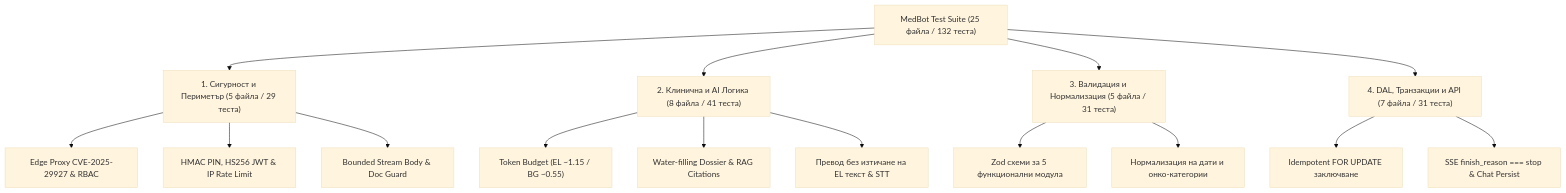
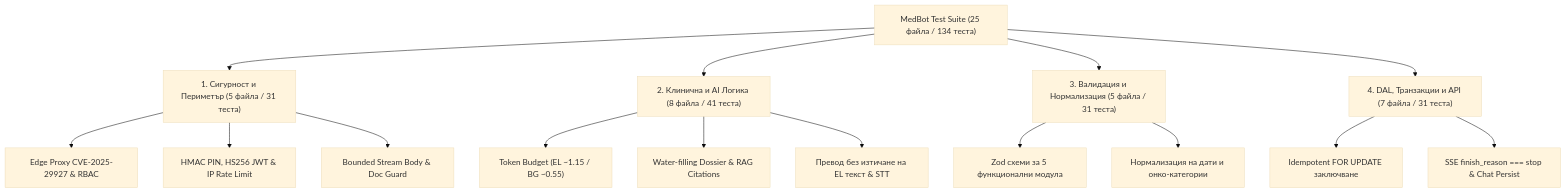
The diagram in docs/testing.md (Krasimir-Hristov/MedBot), drawn with Mermaid (base theme) before and after one commit. The commit also changed other lines of this file and 11 other files, not shown here.

````diff
--- a/docs/testing.md
+++ b/docs/testing.md
@@ -29,27 +29,27 @@
 ```mermaid
 flowchart TD
-    Suite["MedBot Test Suite (25 файла / 132 теста)"]
-    P1["1. Сигурност и Периметър (5 файла / 29 теста)"]
+    Suite["MedBot Test Suite (25 файла / 134 теста)"]
+    P1["1. Сигурност и Периметър (5 файла / 31 теста)"]
     P2["2. Клинична и AI Логика (8 файла / 41 теста)"]
     P3["3. Валидация и Нормализация (5 файла / 31 теста)"]
     P4["4. DAL, Транзакции и API (7 файла / 31 теста)"]
 
     Suite --> P1
     Suite --> P2
     Suite --> P3
     Suite --> P4
 
     P1 --> P1A["Edge Proxy CVE-2025-29927 & RBAC"]
     P1 --> P1B["HMAC PIN, HS256 JWT & IP Rate Limit"]
     P1 --> P1C["Bounded Stream Body & Doc Guard"]
 
     P2 --> P2A["Token Budget (EL ~1.15 / BG ~0.55)"]
     P2 --> P2B["Water-filling Dossier & RAG Citations"]
     P2 --> P2C["Превод без изтичане на EL текст & STT"]
 
     P3 --> P3A["Zod схеми за 5 функционални модула"]
     P3 --> P3B["Нормализация на дати и онко-категории"]
 
     P4 --> P4A["Idempotent FOR UPDATE заключване"]
     P4 --> P4B["SSE finish_reason === stop & Chat Persist"]
 ```
````
